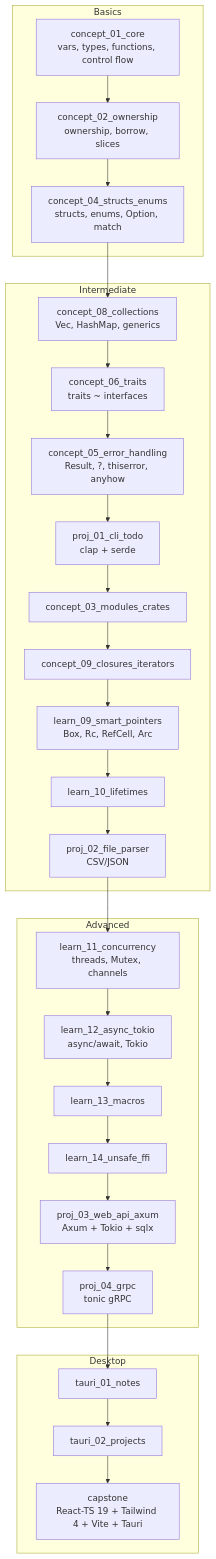
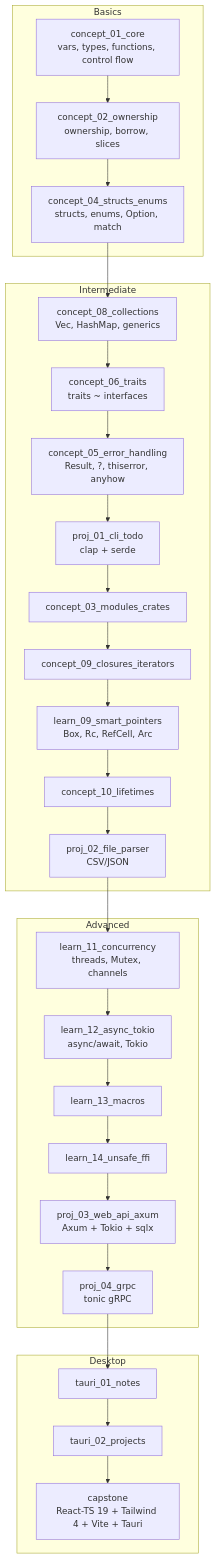
One commit to devravinder/learn-rust changed the diagram in README.md. Above: the diagram before and after it, drawn with Mermaid. The commit also changed 7 other files, not shown here.

````diff
--- a/README.md
+++ b/README.md
@@ -43,31 +43,31 @@
 ```mermaid
 graph TD
     subgraph Basics
         A[concept_01_core<br/>vars, types, functions, control flow] --> B[concept_02_ownership<br/>ownership, borrow, slices]
         B --> C[concept_04_structs_enums<br/>structs, enums, Option, match]
     end
     subgraph Intermediate
         C --> D[concept_08_collections<br/>Vec, HashMap, generics]
         D --> E[concept_06_traits<br/>traits ~ interfaces]
         E --> F[concept_05_error_handling<br/>Result, ?, thiserror, anyhow]
         F --> P1[proj_01_cli_todo<br/>clap + serde]
         P1 --> G[concept_03_modules_crates]
         G --> H[concept_09_closures_iterators]
         H --> I[learn_09_smart_pointers<br/>Box, Rc, RefCell, Arc]
-        I --> J[learn_10_lifetimes]
+        I --> J[concept_10_lifetimes]
         J --> P2[proj_02_file_parser<br/>CSV/JSON]
     end
     subgraph Advanced
         P2 --> K[learn_11_concurrency<br/>threads, Mutex, channels]
         K --> L[learn_12_async_tokio<br/>async/await, Tokio]
         L --> M[learn_13_macros]
         M --> N[learn_14_unsafe_ffi]
         N --> P3[proj_03_web_api_axum<br/>Axum + Tokio + sqlx]
         P3 --> P4[proj_04_grpc<br/>tonic gRPC]
     end
     subgraph Desktop
         P4 --> T1[tauri_01_notes]
         T1 --> T2[tauri_02_projects]
         T2 --> CAP[capstone<br/>React-TS 19 + Tailwind 4 + Vite + Tauri]
     end
 ```
````
